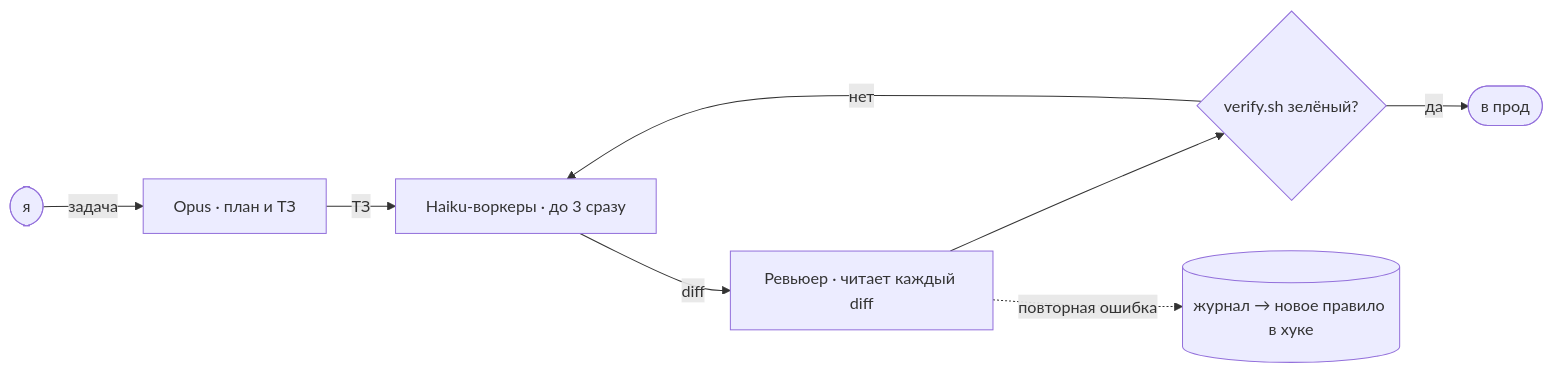
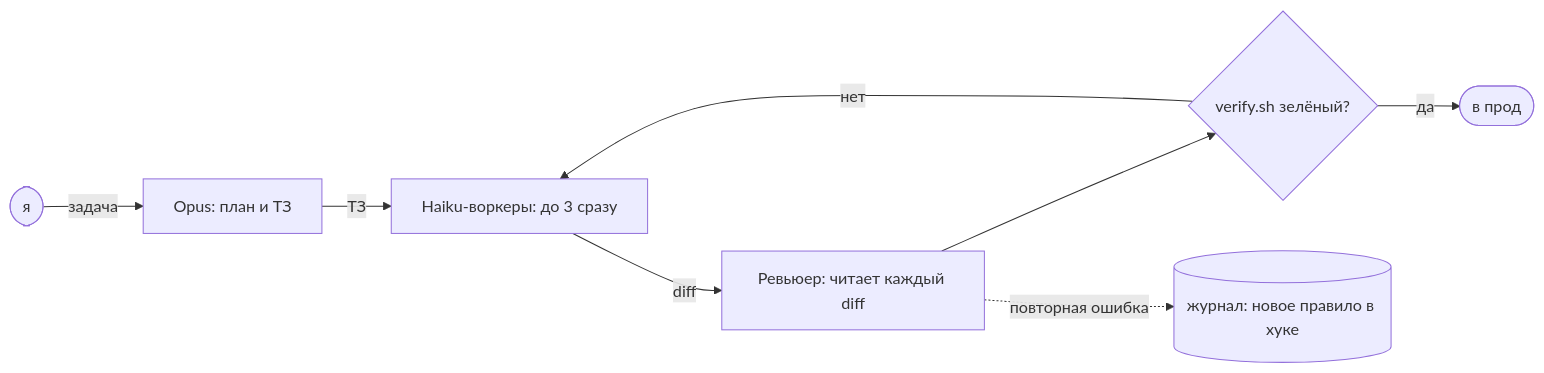
The diagram in i18n/README.ru.md (sysrootix/sysrootix), drawn with Mermaid before and after one commit. The commit also changed 4 other files, not shown here.

Commit message:
Fix flowchart for GitHub's mermaid

````diff
--- a/i18n/README.ru.md
+++ b/i18n/README.ru.md
@@ -31,10 +31,10 @@
 ```mermaid
 flowchart LR
-  me(["я"]) -->|задача| opus["Opus · план и ТЗ"]
-  opus -->|ТЗ| haiku["Haiku-воркеры · до 3 сразу"]
-  haiku -->|diff| rev["Ревьюер · читает каждый diff"]
-  rev --> ok{"verify.sh зелёный?"}
-  ok -->|да| ship(["в прод"])
-  ok -->|нет| haiku
-  rev -.->|повторная ошибка| log[("журнал → новое правило в хуке")]
+  ME([я]) -- задача --> OP[Opus: план и ТЗ]
+  OP -- ТЗ --> HW[Haiku-воркеры: до 3 сразу]
+  HW -- diff --> RV[Ревьюер: читает каждый diff]
+  RV --> OK{verify.sh зелёный?}
+  OK -- да --> SH([в прод])
+  OK -- нет --> HW
+  RV -. повторная ошибка .-> JR[(журнал: новое правило в хуке)]
 ```
````
